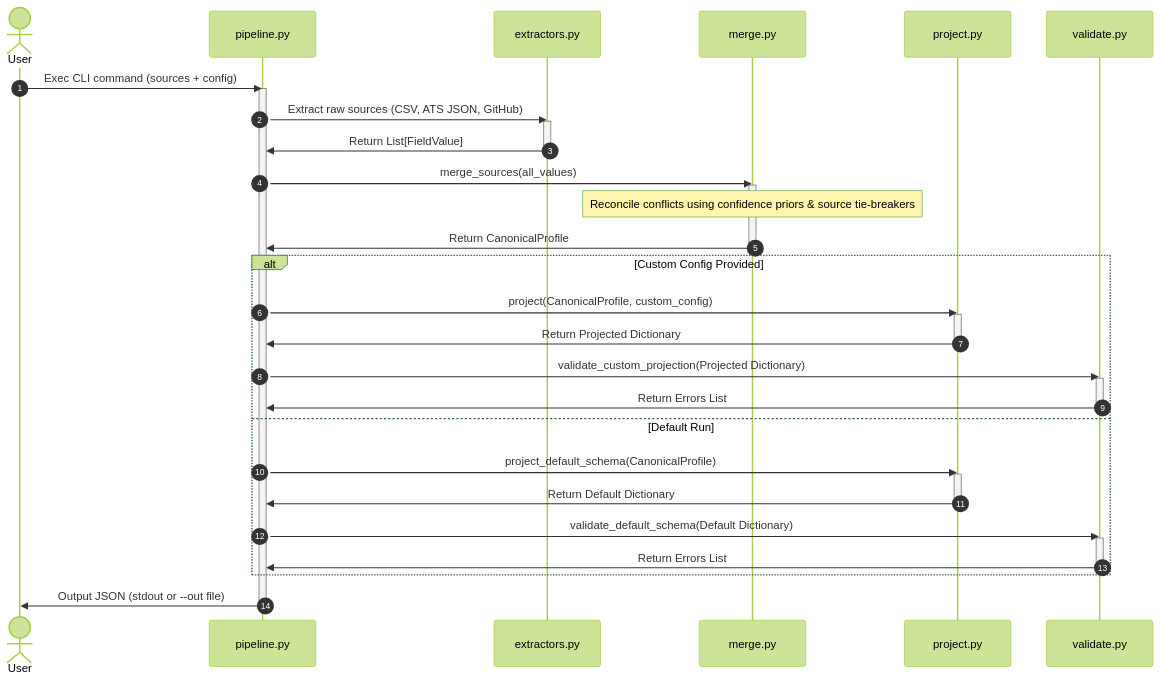
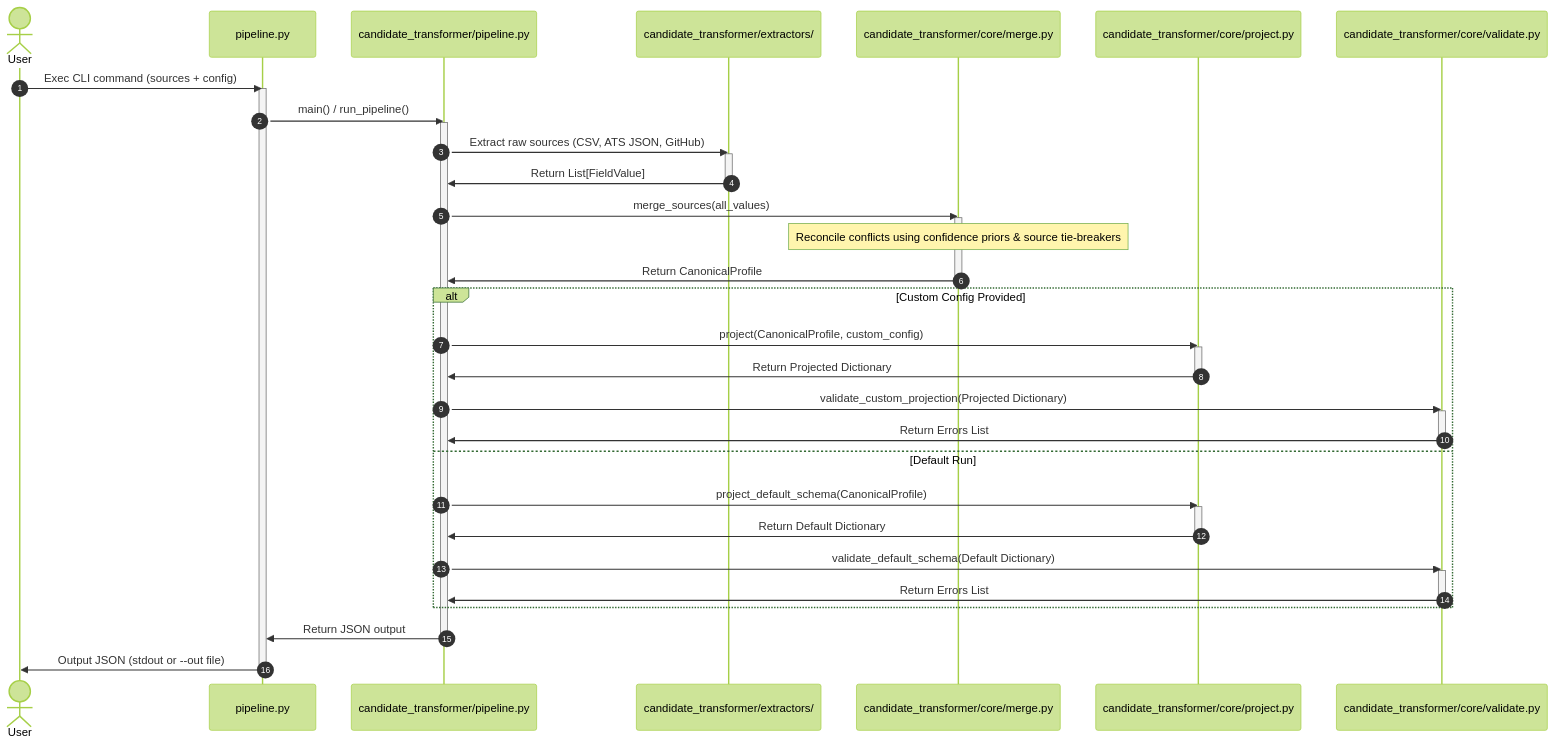
Before and after one commit to ramalokeshreddyp/Candidate-Data-Transformer: the diagram in README.md, drawn with Mermaid (forest theme). The commit also changed other lines of this file and 20 other files, not shown here.

````diff
--- a/README.md
+++ b/README.md
@@ -53,43 +53,48 @@
 ```mermaid
 sequenceDiagram
     autonumber
     actor User
-    participant Pipeline as pipeline.py
-    participant Extractors as extractors.py
-    participant MergeEngine as merge.py
-    participant ProjectLayer as project.py
-    participant Validator as validate.py
+    participant PipelineWrapper as pipeline.py
+    participant Pipeline as candidate_transformer/pipeline.py
+    participant Extractors as candidate_transformer/extractors/
+    participant MergeEngine as candidate_transformer/core/merge.py
+    participant ProjectLayer as candidate_transformer/core/project.py
+    participant Validator as candidate_transformer/core/validate.py
 
-    User->>Pipeline: Exec CLI command (sources + config)
+    User->>PipelineWrapper: Exec CLI command (sources + config)
+    activate PipelineWrapper
+    PipelineWrapper->>Pipeline: main() / run_pipeline()
     activate Pipeline
     Pipeline->>Extractors: Extract raw sources (CSV, ATS JSON, GitHub)
     activate Extractors
     Extractors->>Pipeline: Return List[FieldValue]
     deactivate Extractors
     Pipeline->>MergeEngine: merge_sources(all_values)
     activate MergeEngine
     Note over MergeEngine: Reconcile conflicts using confidence priors & source tie-breakers
     MergeEngine->>Pipeline: Return CanonicalProfile
     deactivate MergeEngine
     alt Custom Config Provided
         Pipeline->>ProjectLayer: project(CanonicalProfile, custom_config)
         activate ProjectLayer
         ProjectLayer->>Pipeline: Return Projected Dictionary
         deactivate ProjectLayer
         Pipeline->>Validator: validate_custom_projection(Projected Dictionary)
         activate Validator
         Validator->>Pipeline: Return Errors List
         deactivate Validator
     else Default Run
         Pipeline->>ProjectLayer: project_default_schema(CanonicalProfile)
         activate ProjectLayer
         ProjectLayer->>Pipeline: Return Default Dictionary
         deactivate ProjectLayer
         Pipeline->>Validator: validate_default_schema(Default Dictionary)
         activate Validator
         Validator->>Pipeline: Return Errors List
         deactivate Validator
     end
-    Pipeline->>User: Output JSON (stdout or --out file)
+    Pipeline->>PipelineWrapper: Return JSON output
     deactivate Pipeline
+    PipelineWrapper->>User: Output JSON (stdout or --out file)
+    deactivate PipelineWrapper
 ```
````
